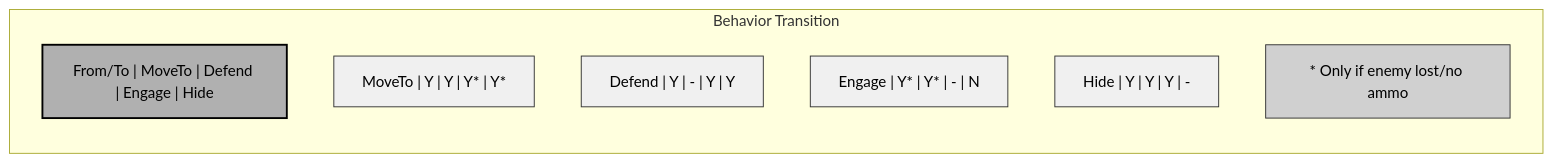
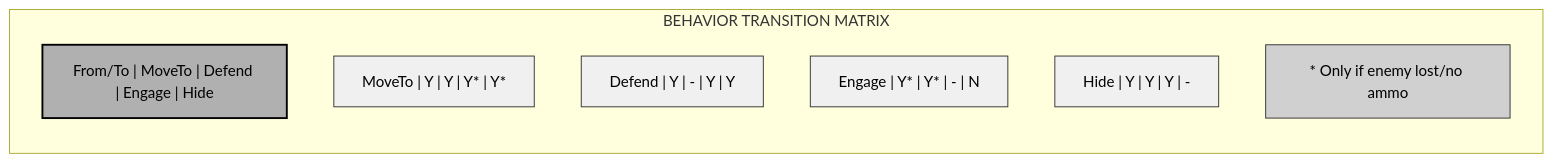
One commit to jukofyork/close-combat-architecture-study changed the second of 5 diagrams in chapter_06_orders_ai.md. Above: the diagram before and after it, drawn with Mermaid. The commit also changed other lines of this file and 8 other files, not shown here.

````diff
--- a/chapter_06_orders_ai.md
+++ b/chapter_06_orders_ai.md
@@ -230,24 +227,22 @@
 ```mermaid
 flowchart LR
-    subgraph Matrix["Behavior Transition"]
-        direction TB
-        
+    subgraph Matrix["BEHAVIOR TRANSITION MATRIX"]
         header["From/To | MoveTo | Defend | Engage | Hide"]
         
         row1["MoveTo | Y | Y | Y* | Y*"]
         row2["Defend | Y | - | Y | Y"]
         row3["Engage | Y* | Y* | - | N"]
         row4["Hide | Y | Y | Y | -"]
         
         note["* Only if enemy lost/no ammo"]
     end
     
     classDef default fill:#fff,stroke:#000,stroke-width:1px,color:#000
     classDef light fill:#f0f0f0,stroke:#333,stroke-width:1px,color:#000
     classDef medium fill:#d0d0d0,stroke:#333,stroke-width:1px,color:#000
     classDef dark fill:#b0b0b0,stroke:#000,stroke-width:2px,color:#000
     
     class header dark
     class row1,row2,row3,row4 light
     class note medium
 ```
````
